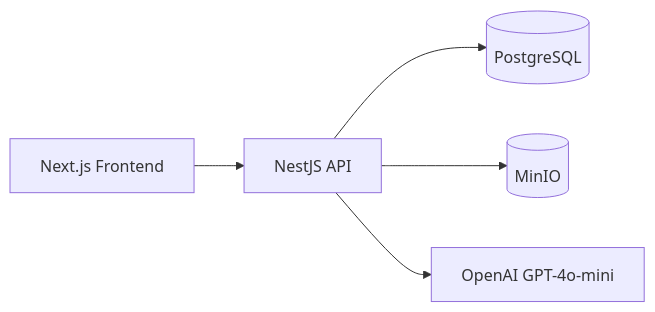
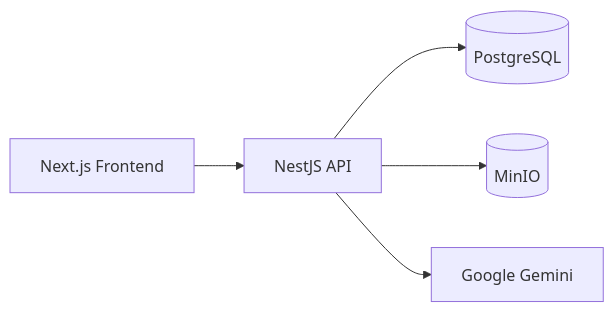
One commit to KhanhNguyenB11/simple-expense changed the diagram in docs/architecture.md. Above: the diagram before and after it, drawn with Mermaid. The commit also changed other lines of this file and 24 other files, not shown here.

````diff
--- a/docs/architecture.md
+++ b/docs/architecture.md
@@ -5,7 +5,7 @@
 ```mermaid
 flowchart LR
   UI[Next.js Frontend] --> API[NestJS API]
   API --> DB[(PostgreSQL)]
   API --> S3[(MinIO)]
-  API --> LLM[OpenAI GPT-4o-mini]
+  API --> LLM[Google Gemini]
 ```
````
